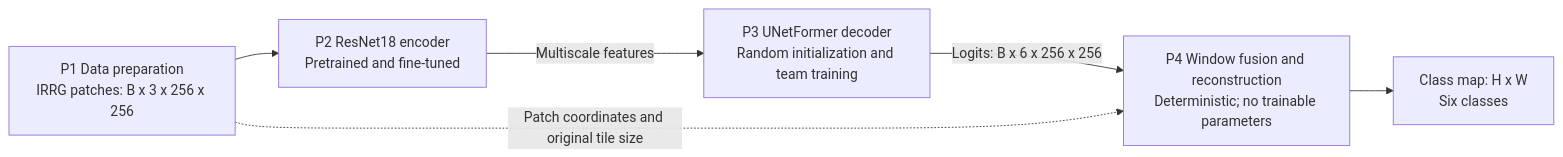
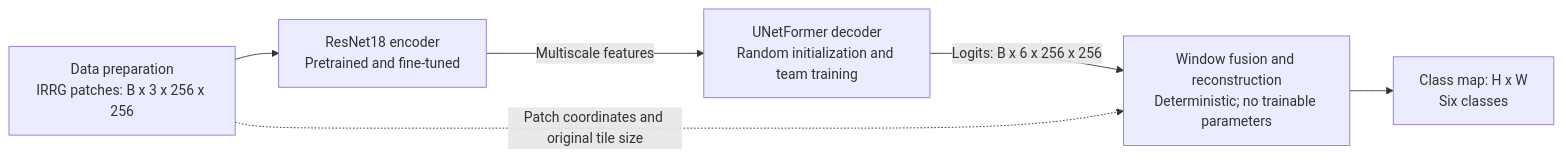
The diagram in README.md (ChenXQ07/CS539_G09), drawn with Mermaid before and after one commit. The commit also changed other lines of this file, not shown here.

Commit message:
Restore original team workspace responsibilities

```diff
--- a/README.md
+++ b/README.md
@@ -25,8 +25,8 @@
 ~~~mermaid
 flowchart LR
-    D["P1 Data preparation<br/>IRRG patches: B x 3 x 256 x 256"] --> E["P2 ResNet18 encoder<br/>Pretrained and fine-tuned"]
-    E -->|Multiscale features| F["P3 UNetFormer decoder<br/>Random initialization and team training"]
-    F -->|"Logits: B x 6 x 256 x 256"| R["P4 Window fusion and reconstruction<br/>Deterministic; no trainable parameters"]
+    D["Data preparation<br/>IRRG patches: B x 3 x 256 x 256"] --> E["ResNet18 encoder<br/>Pretrained and fine-tuned"]
+    E -->|Multiscale features| F["UNetFormer decoder<br/>Random initialization and team training"]
+    F -->|"Logits: B x 6 x 256 x 256"| R["Window fusion and reconstruction<br/>Deterministic; no trainable parameters"]
     D -. Patch coordinates and original tile size .-> R
     R --> O["Class map: H x W<br/>Six classes"]
 ~~~
```
